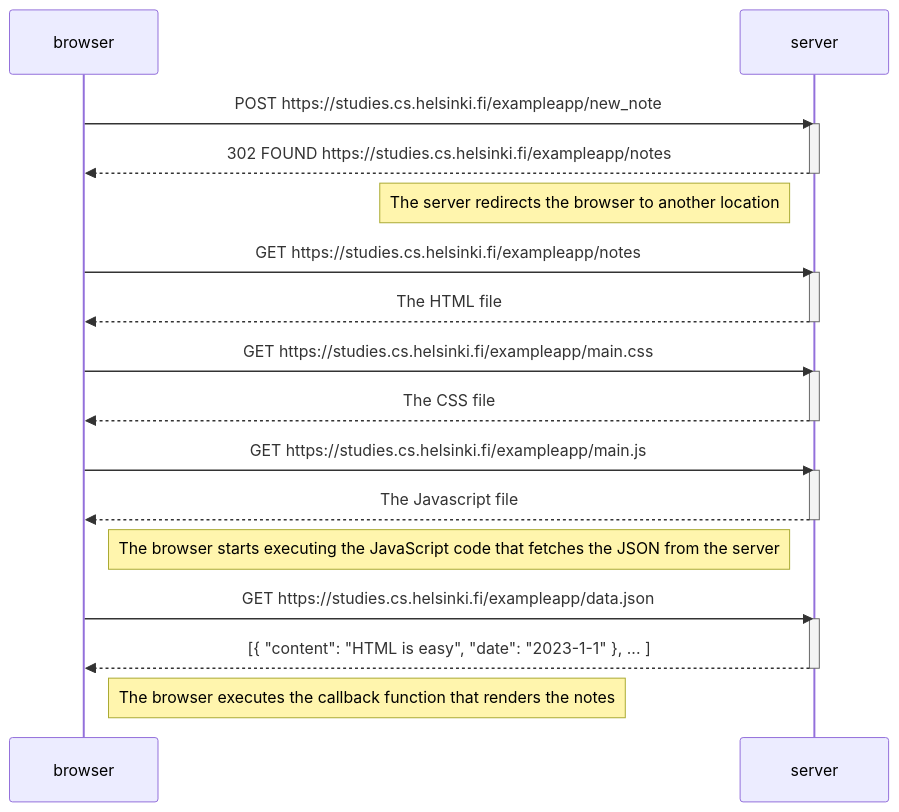
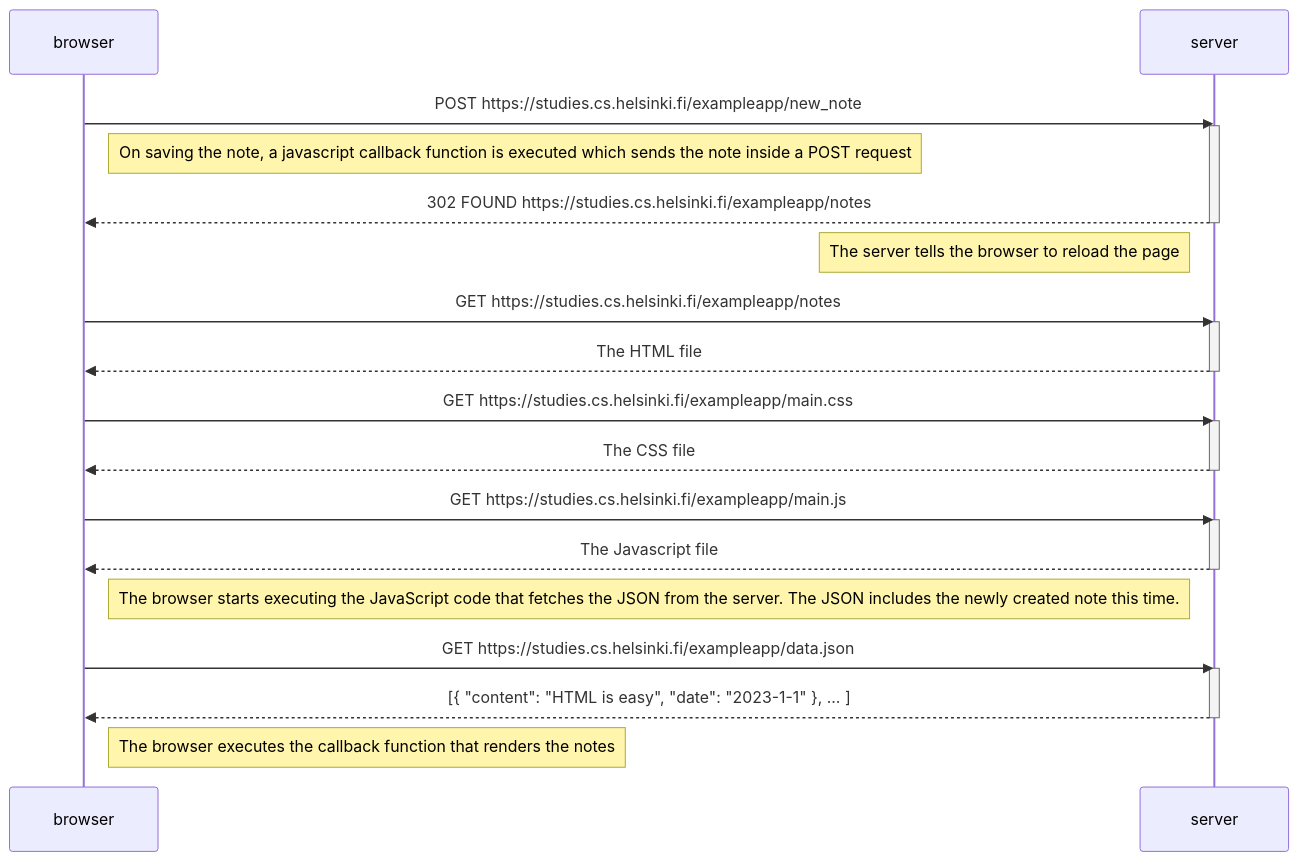
The diagram in part0/Ex 0.4/solution.md (Prantaneel-Pegu/FullStackOpen), drawn with Mermaid before and after one commit. The commit also changed 1 other file, not shown here.

Commit message:
Part0 completed

````diff
--- a/part0/Ex 0.4/solution.md
+++ b/part0/Ex 0.4/solution.md
@@ -1,36 +1,39 @@
 ```mermaid
 sequenceDiagram
     participant browser
     participant server
 
     browser->>server: POST https://studies.cs.helsinki.fi/exampleapp/new_note
     activate server
+
+    Note right of browser: On saving the note, a javascript callback function is executed which sends the note inside a POST request
+
     server-->>browser: 302 FOUND https://studies.cs.helsinki.fi/exampleapp/notes
     deactivate server
 
-    Note left of server: The server redirects the browser to another location
+    Note left of server: The server tells the browser to reload the page
 
     browser->>server: GET https://studies.cs.helsinki.fi/exampleapp/notes
     activate server
     server-->>browser: The HTML file
     deactivate server
 
     browser->>server: GET https://studies.cs.helsinki.fi/exampleapp/main.css
     activate server
     server-->>browser: The CSS file
     deactivate server
 
     browser->>server: GET https://studies.cs.helsinki.fi/exampleapp/main.js
     activate server
     server-->>browser: The Javascript file
     deactivate server
 
-    Note right of browser: The browser starts executing the JavaScript code that fetches the JSON from the server
+    Note right of browser: The browser starts executing the JavaScript code that fetches the JSON from the server. The JSON includes the newly created note this time.
 
     browser->>server: GET https://studies.cs.helsinki.fi/exampleapp/data.json
     activate server
     server-->>browser: [{ "content": "HTML is easy", "date": "2023-1-1" }, ... ]
     deactivate server
 
     Note right of browser: The browser executes the callback function that renders the notes
 ```
````
